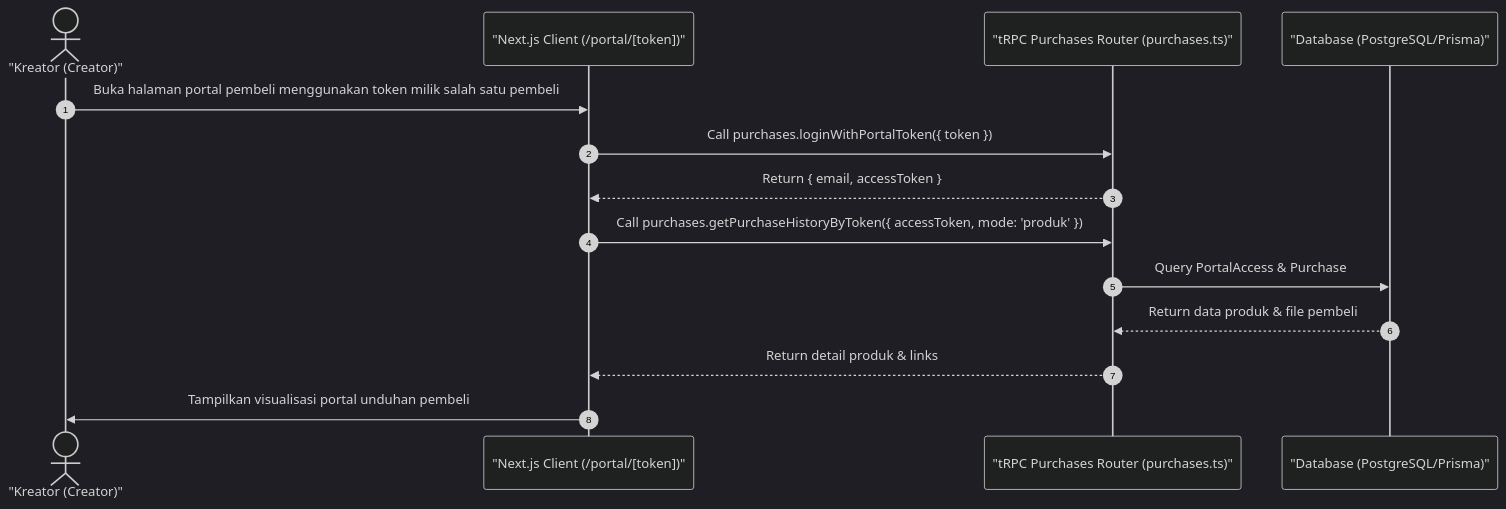
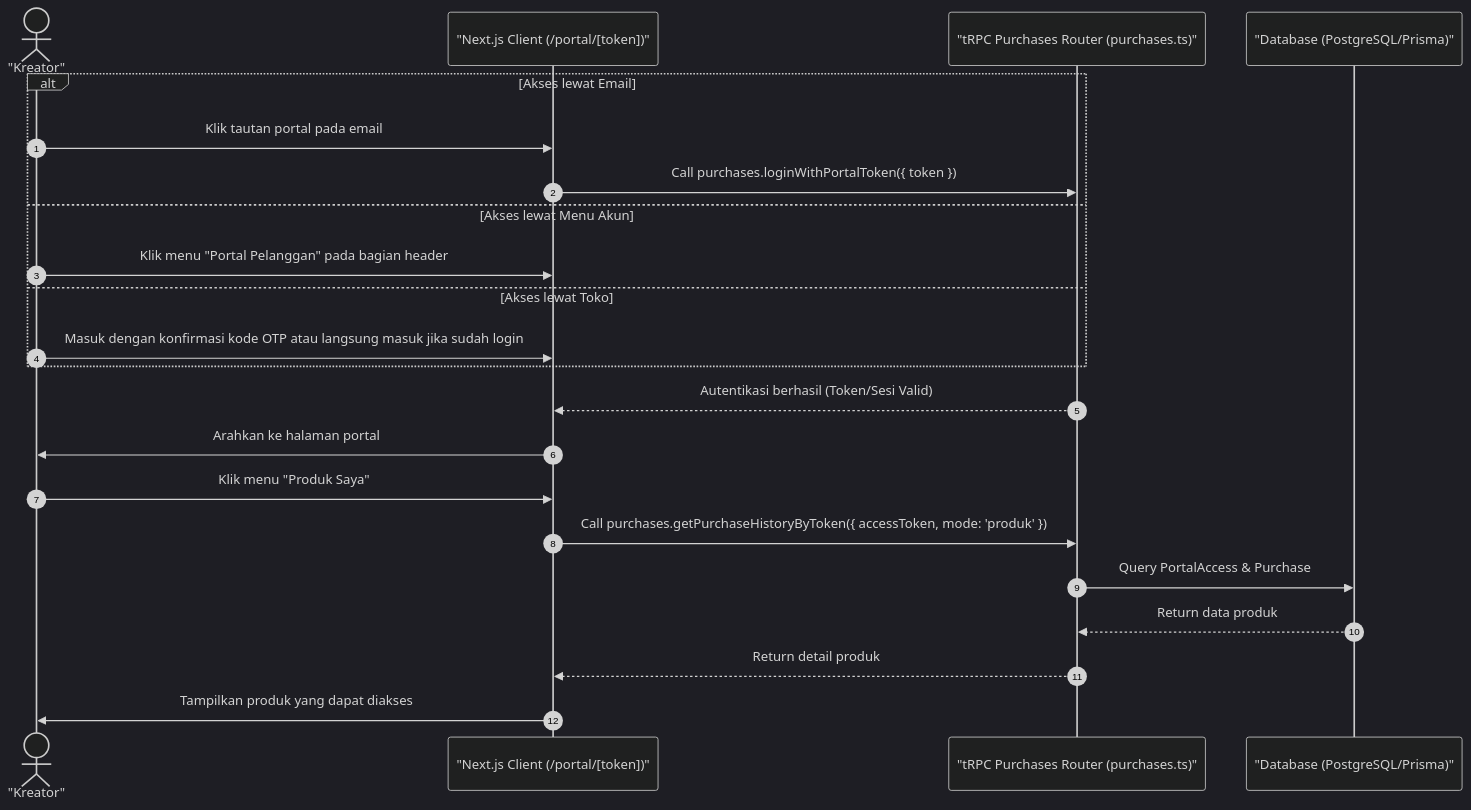
The diagram in docs/41-creator-portal-access.md (luputer/CuanIN), drawn with Mermaid (dark theme) before and after one commit. The commit also changed other lines of this file and 53 other files, not shown here.

````diff
--- a/docs/41-creator-portal-access.md
+++ b/docs/41-creator-portal-access.md
@@ -5,18 +5,26 @@
 ```mermaid
 sequenceDiagram
     autonumber
-    actor Creator as "Kreator (Creator)"
+    actor Creator as "Kreator"
     participant Client as "Next.js Client (/portal/[token])"
     participant Server as "tRPC Purchases Router (purchases.ts)"
     participant DB as "Database (PostgreSQL/Prisma)"
 
-    Creator->>Client: Buka halaman portal pembeli menggunakan token milik salah satu pembeli
-    Client->>Server: Call purchases.loginWithPortalToken({ token })
-    Server-->>Client: Return { email, accessToken }
+    alt Akses lewat Email
+        Creator->>Client: Klik tautan portal pada email
+        Client->>Server: Call purchases.loginWithPortalToken({ token })
+    else Akses lewat Menu Akun
+        Creator->>Client: Klik menu "Portal Pelanggan" pada bagian header
+    else Akses lewat Toko
+        Creator->>Client: Masuk dengan konfirmasi kode OTP atau langsung masuk jika sudah login
+    end
+    
+    Server-->>Client: Autentikasi berhasil (Token/Sesi Valid)
+    Client->>Creator: Arahkan ke halaman portal
+    Creator->>Client: Klik menu "Produk Saya"
     Client->>Server: Call purchases.getPurchaseHistoryByToken({ accessToken, mode: 'produk' })
     Server->>DB: Query PortalAccess & Purchase
-    DB-->>Server: Return data produk & file pembeli
-    Server-->>Client: Return detail produk & links
-    Client->>Creator: Tampilkan visualisasi portal unduhan pembeli
-
+    DB-->>Server: Return data produk
+    Server-->>Client: Return detail produk
+    Client->>Creator: Tampilkan produk yang dapat diakses
 ```
````
